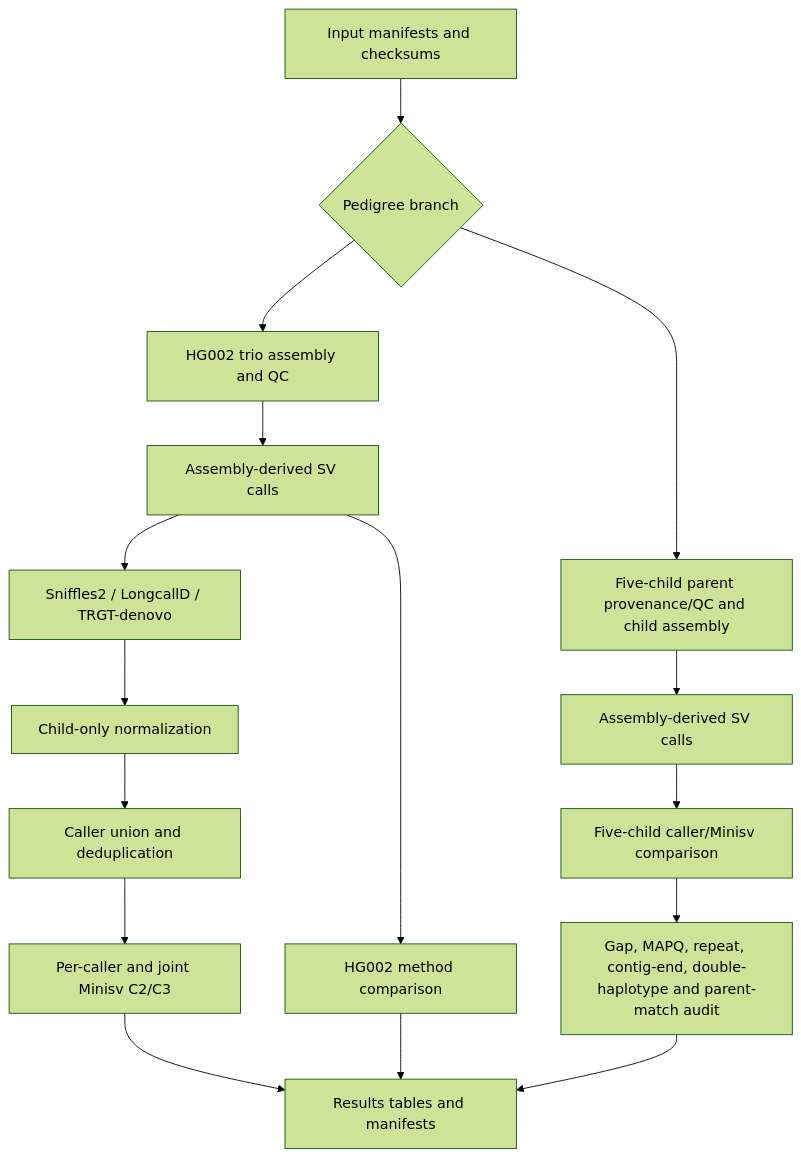
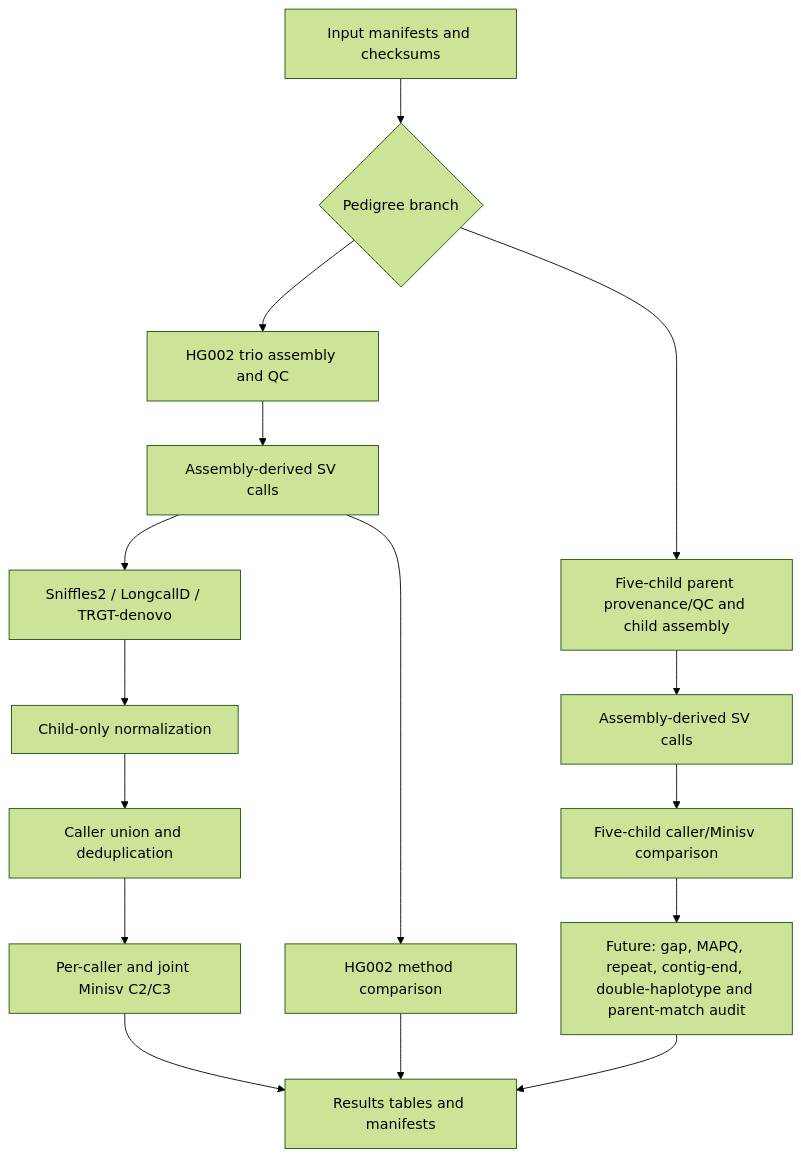
Before and after one commit to 1836405040/family-denovo-sv-workflow: the diagram in workflow/flowchart.md, drawn with Mermaid (forest theme). The commit also changed other lines of this file and 4 other files, not shown here.

````diff
--- a/workflow/flowchart.md
+++ b/workflow/flowchart.md
@@ -3,18 +3,18 @@
 ```mermaid
 flowchart TD
   A[Input manifests and checksums] --> B{Pedigree branch}
   B --> C[HG002 trio assembly and QC]
   B --> D[Five-child parent provenance/QC and child assembly]
   C --> E[Assembly-derived SV calls]
   D --> F[Assembly-derived SV calls]
   E --> G[Sniffles2 / LongcallD / TRGT-denovo]
   G --> H[Child-only normalization]
   H --> I[Caller union and deduplication]
   I --> J[Per-caller and joint Minisv C2/C3]
   E --> K[HG002 method comparison]
   F --> L[Five-child caller/Minisv comparison]
-  L --> M[Gap, MAPQ, repeat, contig-end, double-haplotype and parent-match audit]
+  L --> M[Future: gap, MAPQ, repeat, contig-end, double-haplotype and parent-match audit]
   J --> N[Results tables and manifests]
   K --> N
   M --> N
 ```
````
